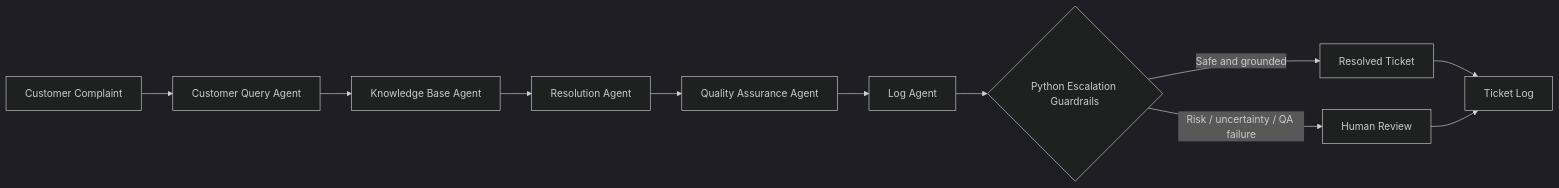
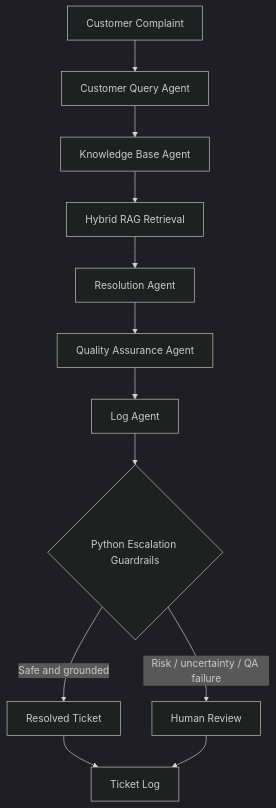
One commit to ksmurari1/nexacart-crm-buildathon2 changed the diagram in README.md. Above: the diagram before and after it, drawn with Mermaid (dark theme). The commit also changed other lines of this file, not shown here.

````diff
--- a/README.md
+++ b/README.md
@@ -32,13 +62,14 @@
 ```mermaid
-flowchart LR
-    A[Customer Complaint] --> B[Customer Query Agent]
-    B --> C[Knowledge Base Agent]
-    C --> D[Resolution Agent]
-    D --> E[Quality Assurance Agent]
-    E --> F[Log Agent]
-    F --> G{Python Escalation Guardrails}
-    G -->|Safe and grounded| H[Resolved Ticket]
-    G -->|Risk / uncertainty / QA failure| I[Human Review]
-    H --> J[Ticket Log]
-    I --> J
+flowchart TD
+    A["Customer Complaint"] --> B["Customer Query Agent"]
+    B --> C["Knowledge Base Agent"]
+    C --> D["Hybrid RAG Retrieval"]
+    D --> E["Resolution Agent"]
+    E --> F["Quality Assurance Agent"]
+    F --> G["Log Agent"]
+    G --> H{"Python Escalation Guardrails"}
+    H -->|"Safe and grounded"| I["Resolved Ticket"]
+    H -->|"Risk / uncertainty / QA failure"| J["Human Review"]
+    I --> K["Ticket Log"]
+    J --> K
 ```
````
